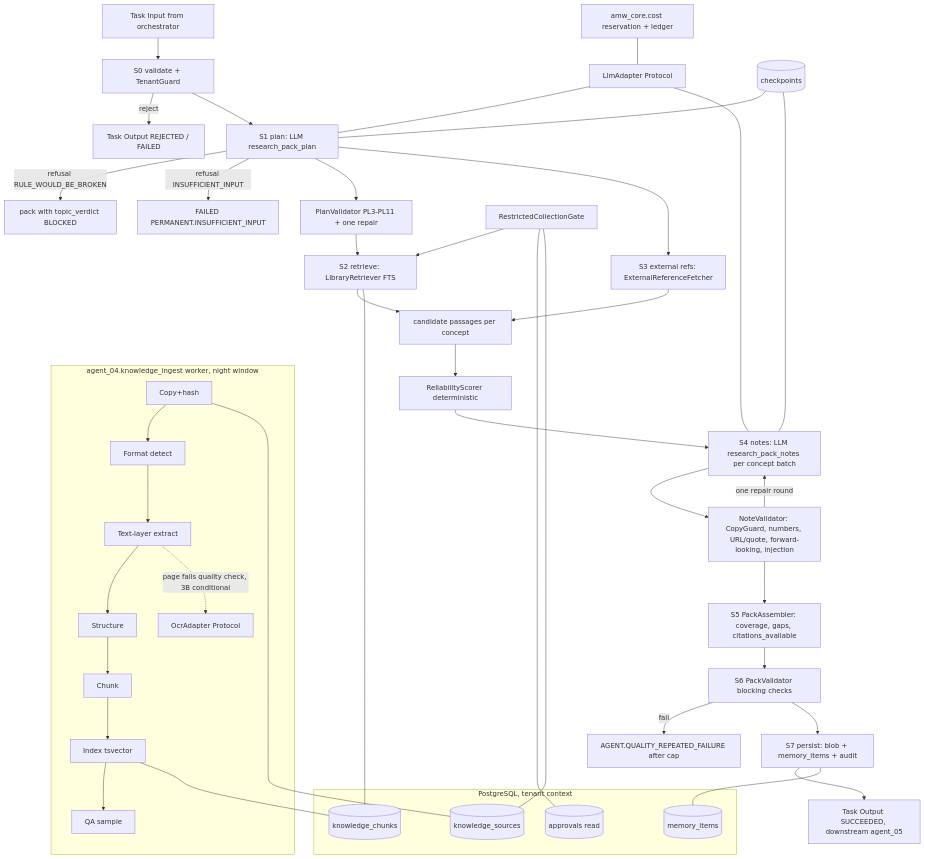
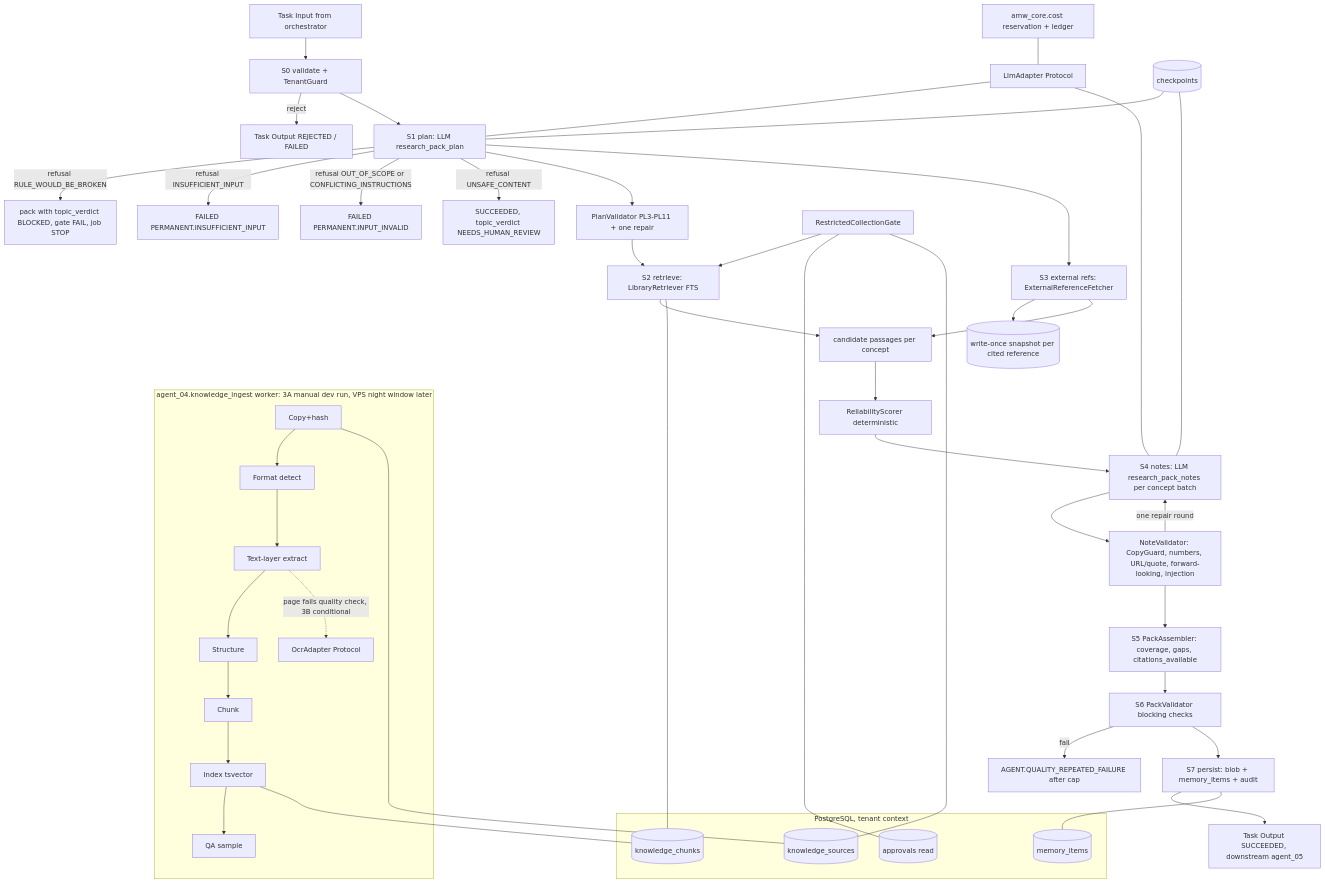
One commit to abhiwasu007-a11y/Media changed the diagram in docs/v4/agents/agent_04_research_knowledge.md. Above: the diagram before and after it, drawn with Mermaid. The commit also changed other lines of this file, not shown here.

First line of the commit message:
docs(v4): blueprint 04 aligned to merged contracts and review findings (real CCR names, owner_topic input, gate result a04.topic_allowed, reference snapshots, release rule, schema fixes, a04 check IDs, code-level access allow-list)

````diff
--- a/docs/v4/agents/agent_04_research_knowledge.md
+++ b/docs/v4/agents/agent_04_research_knowledge.md
@@ -112,44 +112,47 @@
 ```mermaid
 flowchart TD
   IN[Task Input from orchestrator] --> S0[S0 validate + TenantGuard]
   S0 -->|reject| REJ[Task Output REJECTED / FAILED]
   S0 --> S1[S1 plan: LLM research_pack_plan]
-  S1 -->|refusal RULE_WOULD_BE_BROKEN| BLK[pack with topic_verdict BLOCKED]
+  S1 -->|refusal RULE_WOULD_BE_BROKEN| BLK[pack with topic_verdict BLOCKED, gate FAIL, job STOP]
   S1 -->|refusal INSUFFICIENT_INPUT| FAIL1[FAILED PERMANENT.INSUFFICIENT_INPUT]
+  S1 -->|refusal OUT_OF_SCOPE or CONFLICTING_INSTRUCTIONS| FAIL3[FAILED PERMANENT.INPUT_INVALID]
+  S1 -->|refusal UNSAFE_CONTENT| NHR[SUCCEEDED, topic_verdict NEEDS_HUMAN_REVIEW]
   S1 --> PL[PlanValidator PL3-PL11 + one repair]
   PL --> S2[S2 retrieve: LibraryRetriever FTS]
   GATE[RestrictedCollectionGate] --> S2
   S1 --> S3[S3 external refs: ExternalReferenceFetcher]
+  S3 --> SNAP[(write-once snapshot per cited reference)]
   S2 --> CAND[candidate passages per concept]
   S3 --> CAND
   CAND --> REL[ReliabilityScorer deterministic]
   REL --> S4[S4 notes: LLM research_pack_notes per concept batch]
   S4 --> NV[NoteValidator: CopyGuard, numbers, URL/quote, forward-looking, injection]
   NV -->|one repair round| S4
   NV --> S5[S5 PackAssembler: coverage, gaps, citations_available]
   S5 --> S6[S6 PackValidator blocking checks]
   S6 -->|fail| FAIL2[AGENT.QUALITY_REPEATED_FAILURE after cap]
   S6 --> S7[S7 persist: blob + memory_items + audit]
   S7 --> OUT[Task Output SUCCEEDED, downstream agent_05]
   subgraph DB[PostgreSQL, tenant context]
     KS[(knowledge_sources)]
     KC[(knowledge_chunks)]
     MI[(memory_items)]
     AP[(approvals read)]
   end
   S2 --- KC
   GATE --- AP
   GATE --- KS
   S7 --- MI
-  subgraph ING[agent_04.knowledge_ingest worker, night window]
+  subgraph ING[agent_04.knowledge_ingest worker: 3A manual dev run, VPS night window later]
     I1[Copy+hash] --> I2[Format detect] --> I3[Text-layer extract] --> I4[Structure] --> I5[Chunk] --> I6[Index tsvector] --> I7[QA sample]
     I3 -.->|page fails quality check, 3B conditional| OCR[OcrAdapter Protocol]
   end
   I6 --- KC
   I1 --- KS
   LLM[LlmAdapter Protocol] --- S1
   LLM --- S4
   COST[amw_core.cost reservation + ledger] --- LLM
   CK[(checkpoints)] --- S1
   CK --- S4
 ```
````
